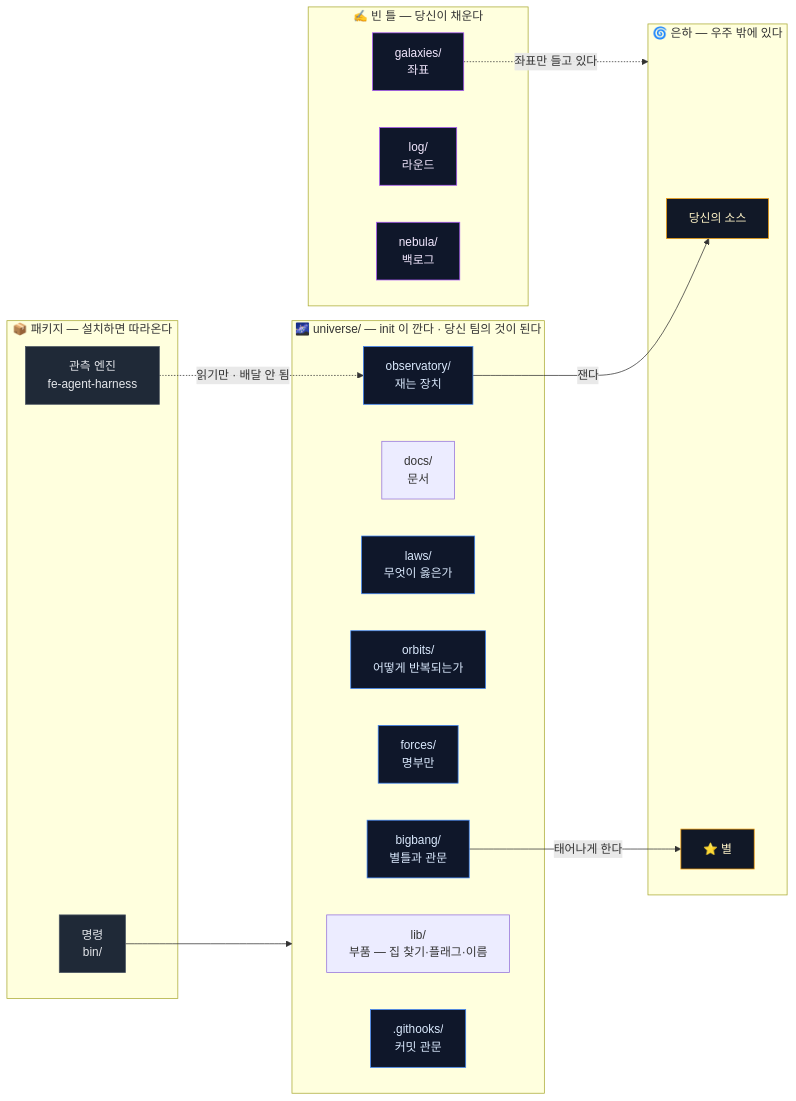
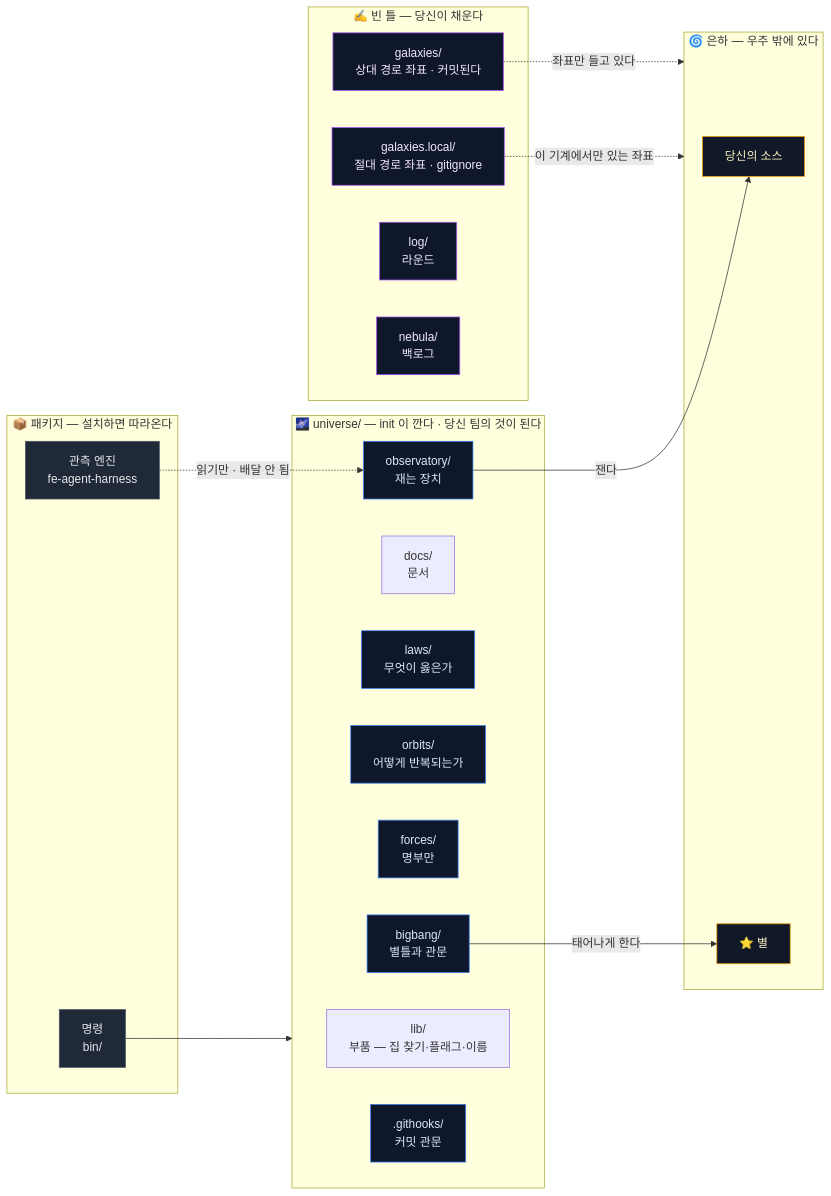
The first of 4 diagrams in docs/08-architecture.md (YuMyeongJun/universe-harness), drawn with Mermaid before and after one commit. The commit also changed other lines of this file and 3 other files, not shown here.

````diff
--- a/docs/08-architecture.md
+++ b/docs/08-architecture.md
@@ -20,44 +20,46 @@
 ```mermaid
 flowchart LR
   subgraph PKG["📦 패키지 — 설치하면 따라온다"]
     ENGINE["관측 엔진<br/>fe-agent-harness"]
     CLI["명령<br/>bin/"]
   end
 
   subgraph DELIVERED["🌌 universe/ — init 이 깐다 · 당신 팀의 것이 된다"]
     LIB["lib/<br/>부품 — 집 찾기·플래그·이름"]
     DOCS["docs/<br/>문서"]
     LAWS["laws/<br/>무엇이 옳은가"]
     ORBITS["orbits/<br/>어떻게 반복되는가"]
     FORCES["forces/<br/>명부만"]
     BIGBANG["bigbang/<br/>별틀과 관문"]
     OBS["observatory/<br/>재는 장치"]
     HOOKS[".githooks/<br/>커밋 관문"]
   end
 
   subgraph YOURS["✍️ 빈 틀 — 당신이 채운다"]
-    GAL["galaxies/<br/>좌표"]
+    GAL["galaxies/<br/>상대 경로 좌표 · 커밋된다"]
+    GALL["galaxies.local/<br/>절대 경로 좌표 · gitignore"]
     LOG["log/<br/>라운드"]
     NEB["nebula/<br/>백로그"]
   end
 
   subgraph GALAXY["🌀 은하 — 우주 밖에 있다"]
     SRC["당신의 소스"]
     STAR["⭐ 별"]
   end
 
   CLI --> DELIVERED
   ENGINE -. "읽기만 · 배달 안 됨" .-> OBS
   OBS -->|"잰다"| SRC
   BIGBANG -->|"태어나게 한다"| STAR
   GAL -.->|"좌표만 들고 있다"| GALAXY
+  GALL -.->|"이 기계에서만 있는 좌표"| GALAXY
 
   classDef pkg fill:#1f2937,stroke:#4b5563,color:#e5e7eb
   classDef del fill:#0f172a,stroke:#3b82f6,color:#dbeafe
   classDef yours fill:#0f172a,stroke:#a855f7,color:#f3e8ff
   classDef gx fill:#111827,stroke:#f59e0b,color:#fef3c7
   class ENGINE,CLI pkg
   class LAWS,ORBITS,FORCES,BIGBANG,OBS,HOOKS del
-  class GAL,LOG,NEB yours
+  class GAL,GALL,LOG,NEB yours
   class SRC,STAR gx
 ```
````
